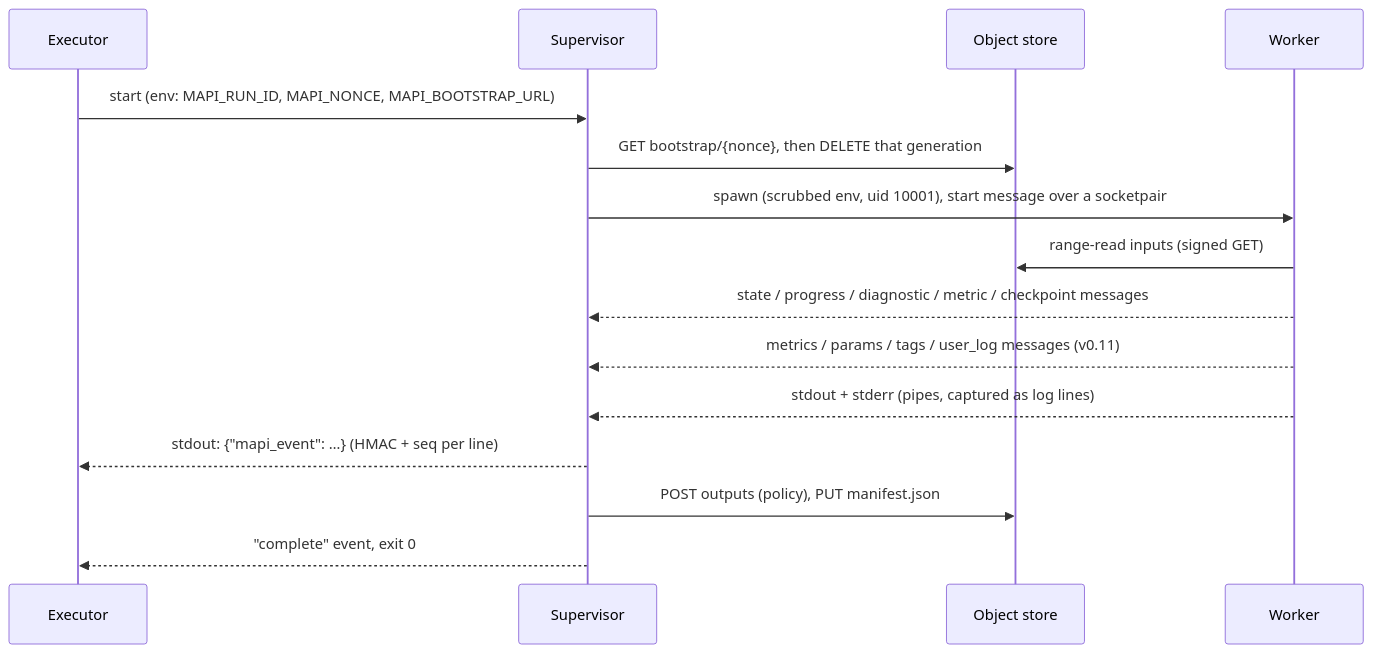
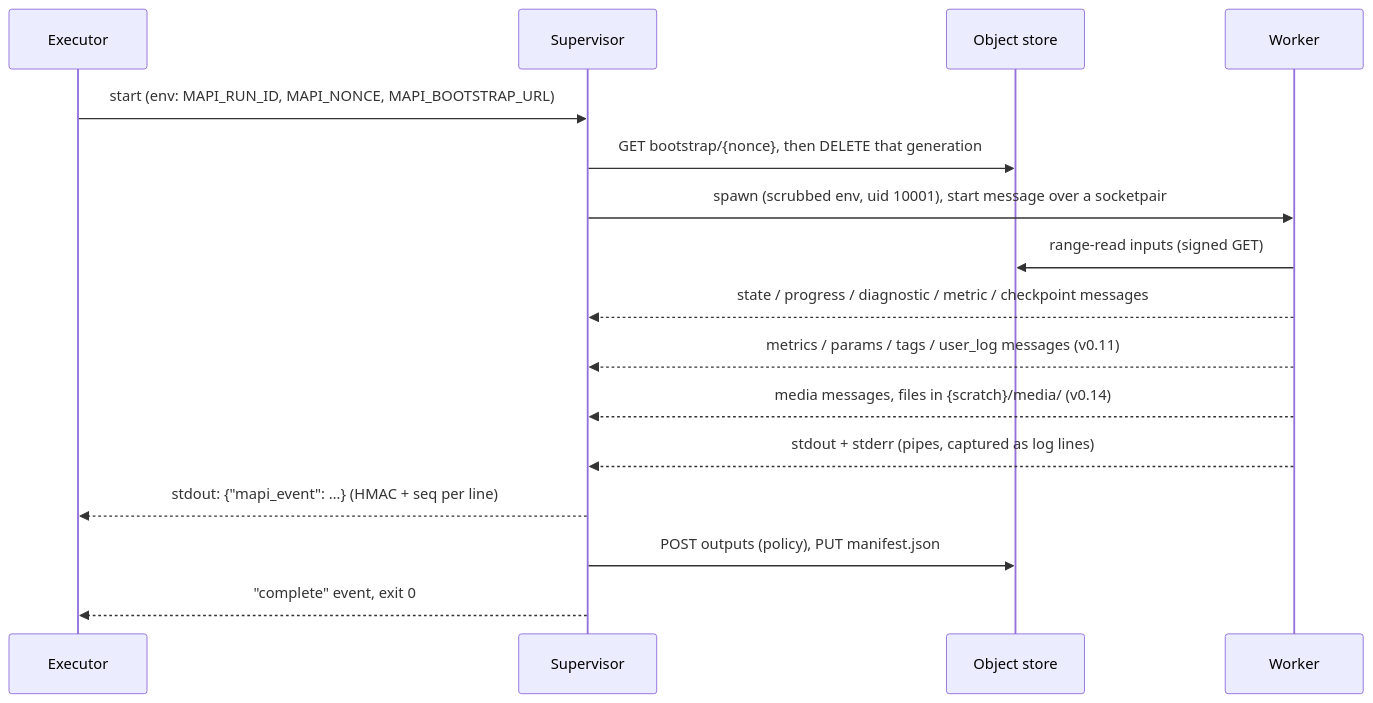
One commit to redam94/modeling-api changed the diagram in docs/reference/runner.md. Above: the diagram before and after it, drawn with Mermaid. The commit also changed other lines of this file and 14 other files, not shown here.

````diff
--- a/docs/reference/runner.md
+++ b/docs/reference/runner.md
@@ -11,17 +11,18 @@
 ```mermaid
 sequenceDiagram
     participant X as Executor
     participant S as Supervisor
     participant G as Object store
     participant W as Worker
     X->>S: start (env: MAPI_RUN_ID, MAPI_NONCE, MAPI_BOOTSTRAP_URL)
     S->>G: GET bootstrap/{nonce}, then DELETE that generation
     S->>W: spawn (scrubbed env, uid 10001), start message over a socketpair
     W->>G: range-read inputs (signed GET)
     W-->>S: state / progress / diagnostic / metric / checkpoint messages
     W-->>S: metrics / params / tags / user_log messages (v0.11)
+    W-->>S: media messages, files in {scratch}/media/ (v0.14)
     W-->>S: stdout + stderr (pipes, captured as log lines)
     S-->>X: stdout: {"mapi_event": …} (HMAC + seq per line)
     S->>G: POST outputs (policy), PUT manifest.json
     S-->>X: "complete" event, exit 0
 ```
````
